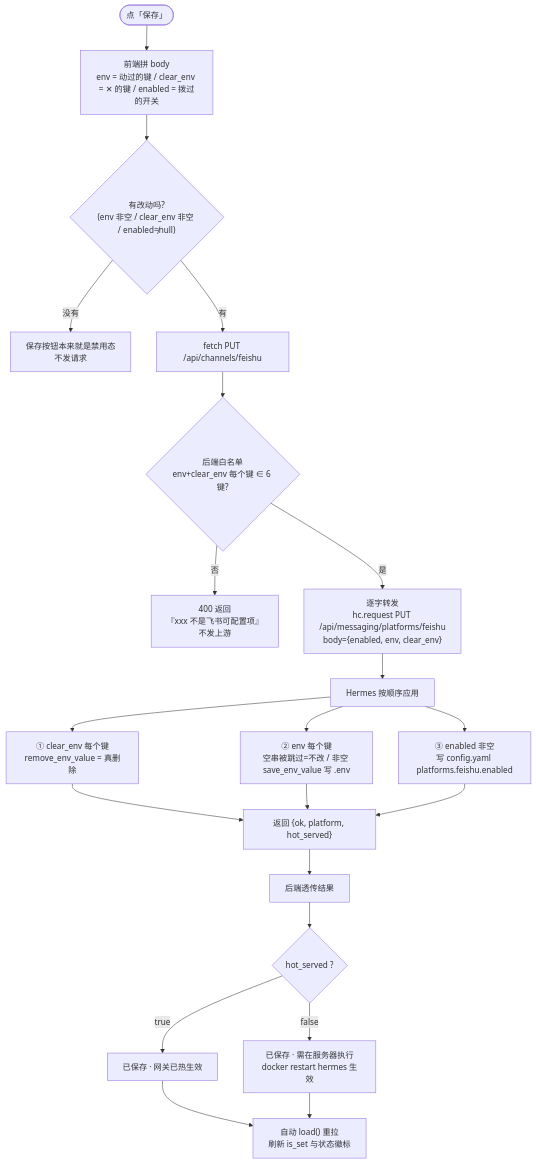
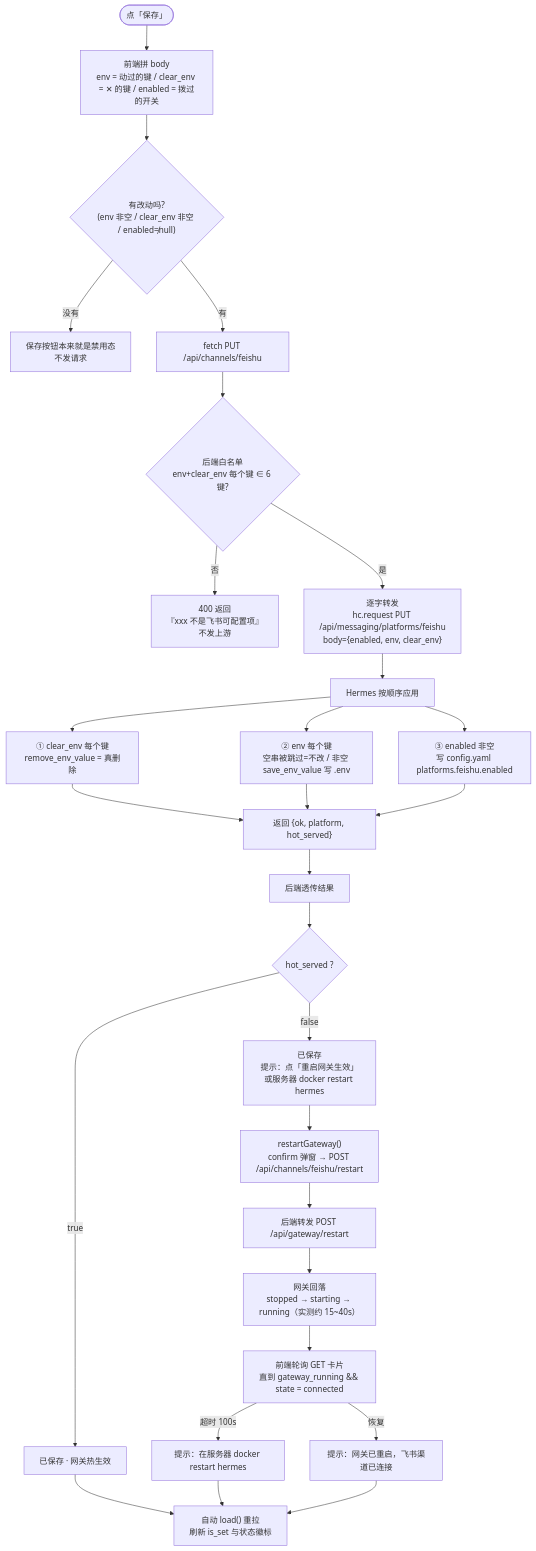
The second of 2 diagrams in feishu-channel-flow.md (yeeqen00111/hermes-web-console), drawn with Mermaid before and after one commit. The commit also changed other lines of this file, not shown here.

Commit message:
docs(channels): add restart hop to the feishu call-chain flowcharts

````diff
--- a/feishu-channel-flow.md
+++ b/feishu-channel-flow.md
@@ -56,23 +60,30 @@
 ```mermaid
 flowchart TD
     A([点「保存」]) --> B["前端拼 body<br/>env = 动过的键 / clear_env = ✕ 的键 / enabled = 拨过的开关"]
     B --> C{"有改动吗?<br/>(env 非空 / clear_env 非空 / enabled≠null)"}
     C -- 没有 --> C0["保存按钮本来就是禁用态<br/>不发请求"]
     C -- 有 --> D["fetch PUT /api/channels/feishu"]
     D --> E{"后端白名单<br/>env+clear_env 每个键 ∈ 6 键?"}
     E -- 否 --> E1["400 返回<br/>『xxx 不是飞书可配置项』<br/>不发上游"]
     E -- 是 --> F["逐字转发<br/>hc.request PUT /api/messaging/platforms/feishu<br/>body={enabled, env, clear_env}"]
     F --> G["Hermes 按顺序应用"]
     G --> G1["① clear_env 每个键<br/>remove_env_value = 真删除"]
     G --> G2["② env 每个键<br/>空串被跳过=不改 / 非空 save_env_value 写 .env"]
     G --> G3["③ enabled 非空<br/>写 config.yaml platforms.feishu.enabled"]
     G1 --> H["返回 {ok, platform, hot_served}"]
     G2 --> H
     G3 --> H
     H --> I["后端透传结果"]
     I --> J{"hot_served ?"}
-    J -- true --> K1["已保存 · 网关已热生效"]
-    J -- false --> K2["已保存 · 需在服务器执行<br/>docker restart hermes 生效"]
+    J -- true --> K1["已保存 · 网关热生效"]
+    J -- false --> K2["已保存<br/>提示：点「重启网关生效」或服务器 docker restart hermes"]
     K1 --> M["自动 load() 重拉<br/>刷新 is_set 与状态徽标"]
-    K2 --> M
+    K2 --> R["restartGateway()<br/>confirm 弹窗 → POST /api/channels/feishu/restart"]
+    R --> R2["后端转发 POST /api/gateway/restart"]
+    R2 --> R3["网关回落<br/>stopped → starting → running（实测约 15~40s）"]
+    R3 --> R4["前端轮询 GET 卡片<br/>直到 gateway_running && state = connected"]
+    R4 -- 超时 100s --> R5["提示：在服务器 docker restart hermes"]
+    R4 -- 恢复 --> R6["提示：网关已重启，飞书渠道已连接"]
+    R5 --> M
+    R6 --> M
 ```
````
